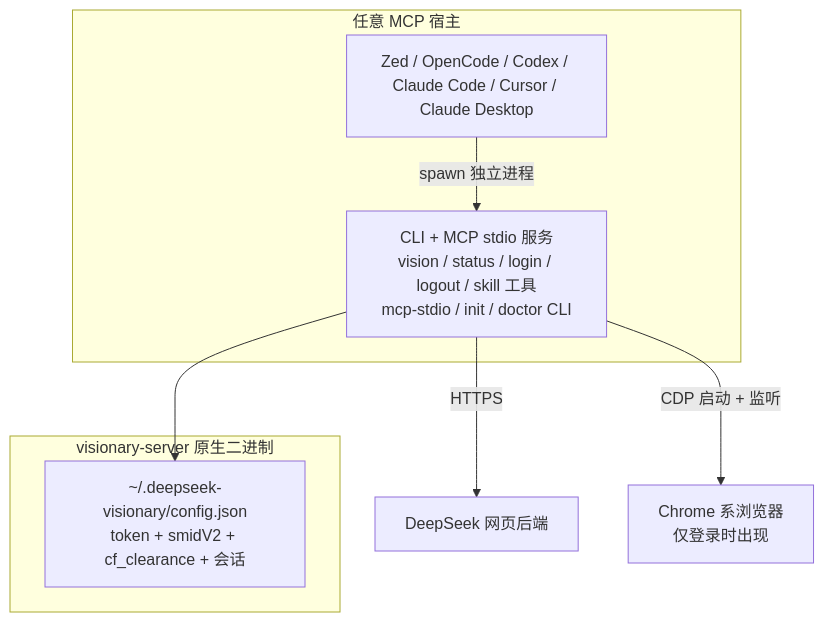
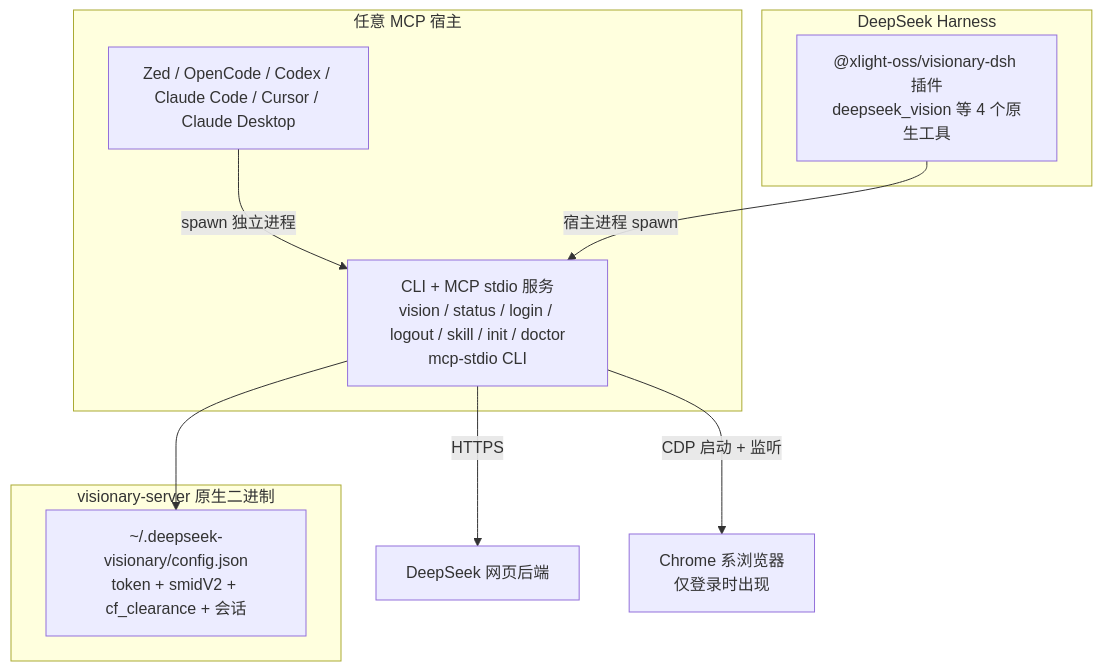
One commit to xlight/deepseek-visionary changed the diagram in README.md. Above: the diagram before and after it, drawn with Mermaid. The commit also changed other lines of this file and 2 other files, not shown here.

Commit message:
修复 dsh-plugin npm 发布：scoped 包声明 publishConfig.access=public，workflow 加 --access public

````diff
--- a/README.md
+++ b/README.md
@@ -9,14 +9,18 @@
 ```mermaid
 graph TD
     subgraph 宿主[任意 MCP 宿主]
         AG["Zed / OpenCode / Codex / Claude Code / Cursor / Claude Desktop"]
         AG -->|spawn 独立进程| SRV
     end
+    subgraph DSH[DeepSeek Harness]
+        DP["@xlight-oss/visionary-dsh 插件<br/>deepseek_vision 等 4 个原生工具"]
+        DP -->|宿主进程 spawn| SRV
+    end
     subgraph visionary-server 原生二进制
-        SRV["CLI + MCP stdio 服务<br/>vision / status / login / logout / skill 工具<br/>mcp-stdio / init / doctor CLI"]
+        SRV["CLI + MCP stdio 服务<br/>vision / status / login / logout / skill / init / doctor<br/>mcp-stdio CLI"]
         CFG["~/.deepseek-visionary/config.json<br/>token + smidV2 + cf_clearance + 会话"]
         SRV --> CFG
     end
     SRV -->|HTTPS| DS["DeepSeek 网页后端"]
     SRV -->|CDP 启动 + 监听| BRO["Chrome 系浏览器<br/>仅登录时出现"]
 ```
````
